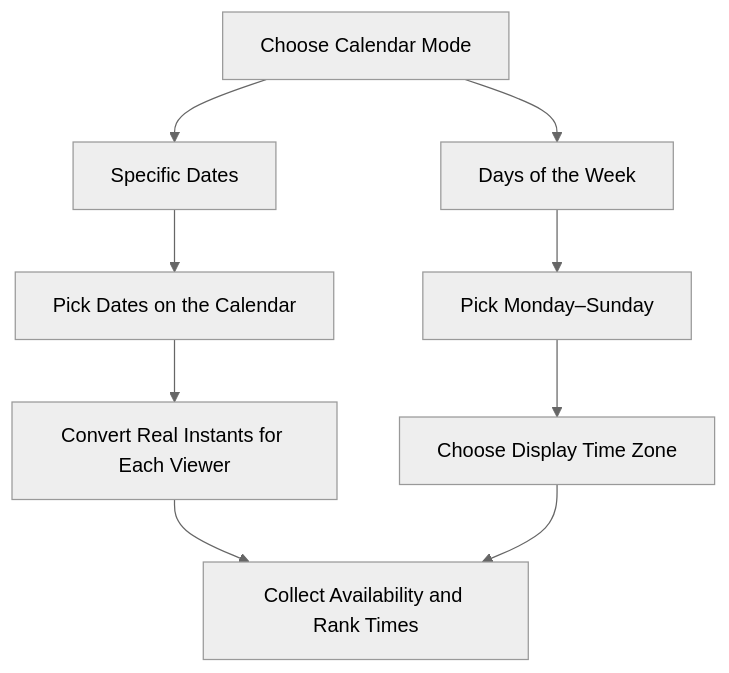
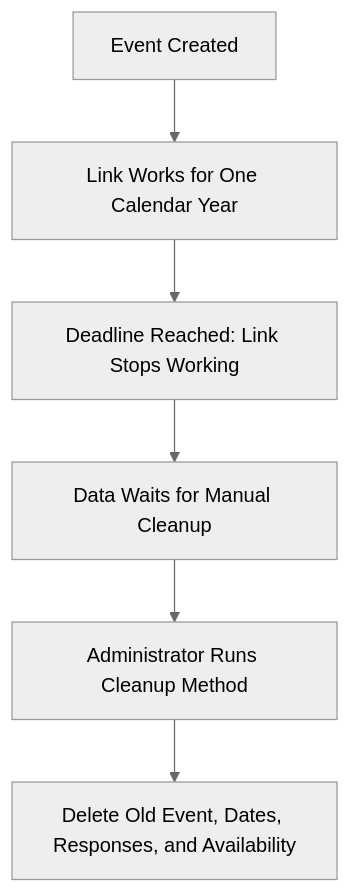
Before and after one commit to jimmy181211/whenkin: the second of 2 diagrams in docs/flowchart.md, drawn with Mermaid (neutral theme). The commit also changed other lines of this file and 31 other files, not shown here.

````diff
--- a/docs/flowchart.md
+++ b/docs/flowchart.md
@@ -88,11 +35,8 @@
 ```mermaid
 flowchart TD
-  M["Choose Calendar Mode"] --> D["Specific Dates"]
-  M --> W["Days of the Week"]
-  D --> C["Pick Dates on the Calendar"]
-  W --> P["Pick Monday–Sunday"]
-  C --> T["Convert Real Instants for Each Viewer"]
-  P --> Z["Choose Display Time Zone"]
-  T --> A["Collect Availability and Rank Times"]
-  Z --> A
+  C["Event Created"] --> A["Link Works for One Calendar Year"]
+  A --> E["Deadline Reached: Link Stops Working"]
+  E --> W["Data Waits for Manual Cleanup"]
+  W --> M["Administrator Runs Cleanup Method"]
+  M --> D["Delete Old Event, Dates, Responses, and Availability"]
 ```
````
